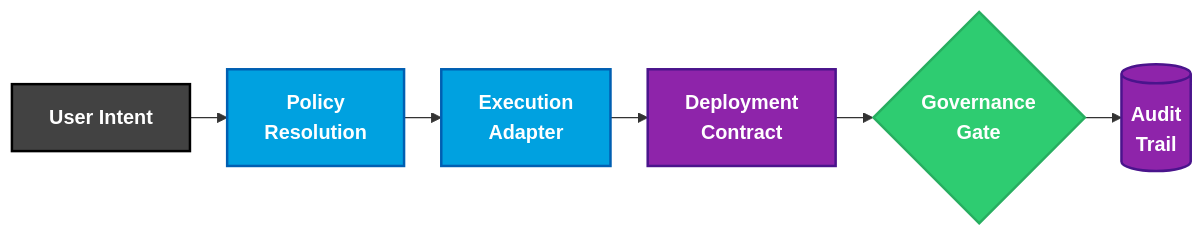
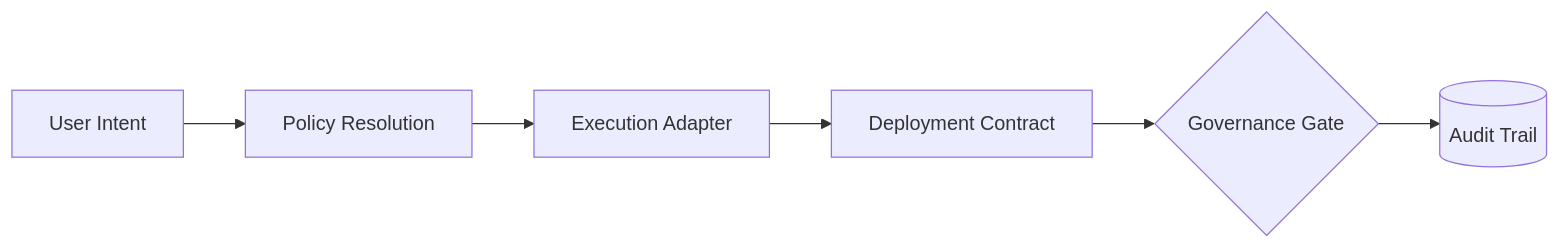
Before and after one commit to rdbumstead/resume-as-code: the first of 2 diagrams in src/Resume_Comprehensive.md, drawn with Mermaid. The commit also changed other lines of this file and 5 other files, not shown here.

````diff
--- a/src/Resume_Comprehensive.md
+++ b/src/Resume_Comprehensive.md
@@ -39,22 +42,15 @@
 ```mermaid
 flowchart LR
-    %%{init: {'flowchart': {'nodeSpacing': 30, 'rankSpacing': 30}}}%%
-    %% CLASSES
-    classDef input fill:#424242,stroke:#000000,stroke-width:2px,color:#ffffff,font-weight:bold;
-    classDef logic fill:#00A1E0,stroke:#005FB2,stroke-width:2px,color:#ffffff,font-weight:bold;
-    classDef artifact fill:#8E24AA,stroke:#4A148C,stroke-width:2px,color:#ffffff,font-weight:bold;
-    classDef gate fill:#2ECC71,stroke:#27AE60,stroke-width:2px,color:#ffffff,font-weight:bold;
-    %% NODES
-    Intent[User Intent]:::input
-    Policy[Policy<br/>Resolution]:::logic
-    Adapter[Execution<br/>Adapter]:::logic
-    Contract[Deployment<br/>Contract]:::artifact
-    Enforce{Governance<br/>Gate}:::gate
-    Audit[(Audit<br/>Trail)]:::artifact
-    %% FLOW
-    Intent --> Policy
-    Policy --> Adapter
-    Adapter --> Contract
-    Contract --> Enforce
-    Enforce --> Audit
+    Intent[User Intent]
+    Policy[Policy Resolution]
+    Adapter[Execution Adapter]
+    Contract[Deployment Contract]
+    Gate{Governance Gate}
+    Audit[(Audit Trail)]
+
+    Intent --> Policy
+    Policy --> Adapter
+    Adapter --> Contract
+    Contract --> Gate
+    Gate --> Audit
 ```
````
